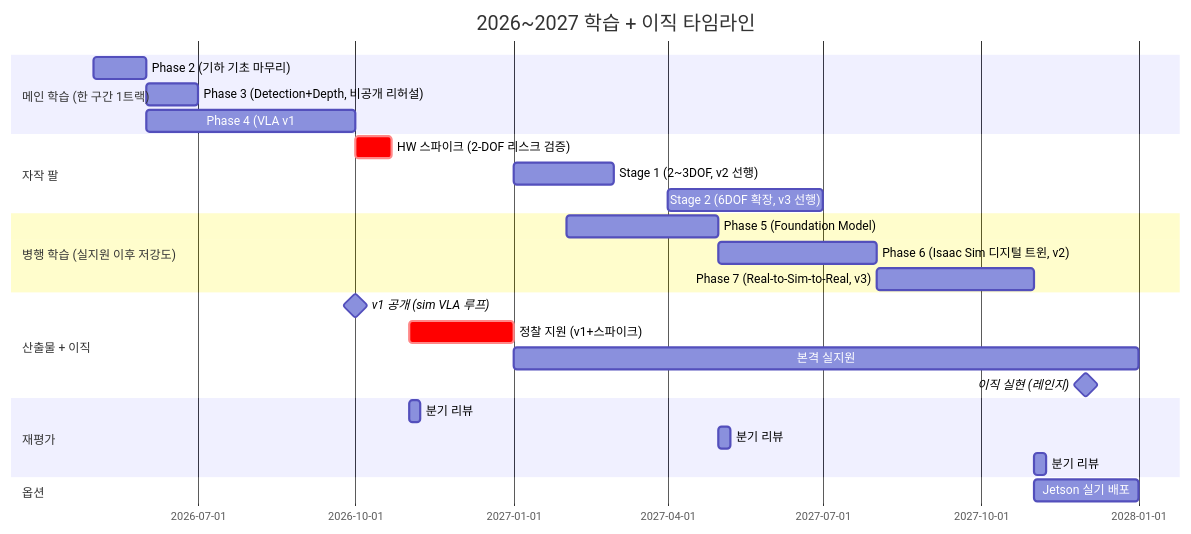
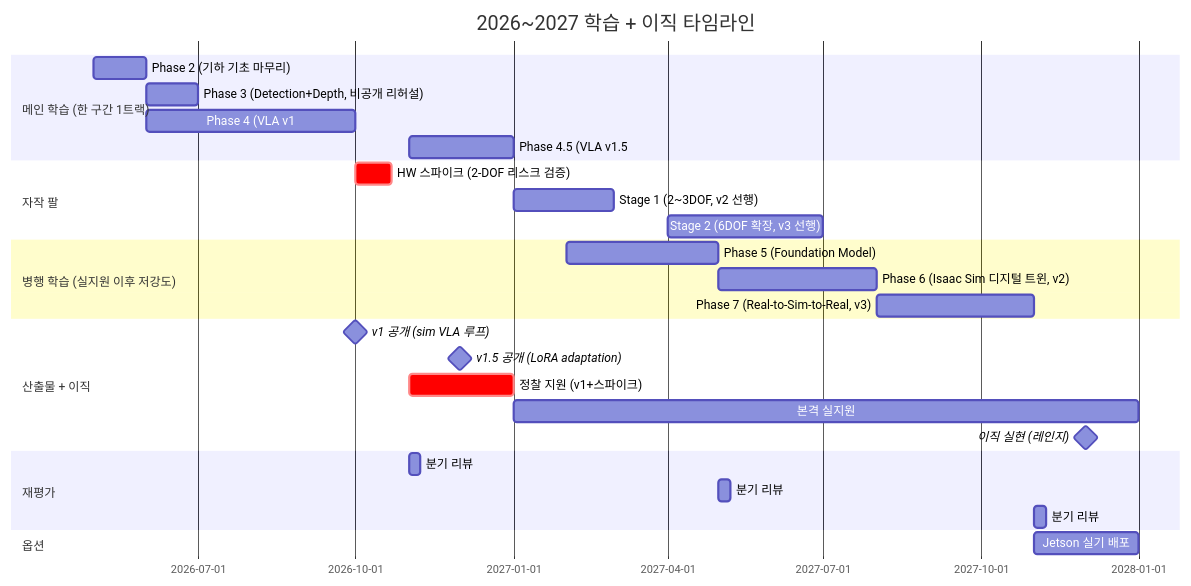
The diagram in README.md (tylee-yeonge/physical-ai-study), drawn with Mermaid before and after one commit. The commit also changed other lines of this file, not shown here.

Commit message:
docs(readme): reframe differentiation to adaptation plus integration and add 3-layer positioning

````diff
--- a/README.md
+++ b/README.md
@@ -29,28 +49,30 @@
 ```mermaid
 gantt
     title 2026~2027 학습 + 이직 타임라인
     dateFormat YYYY-MM
     section 메인 학습 (한 구간 1트랙)
     Phase 2 (기하 기초 마무리) :a1, 2026-05, 1M
     Phase 3 (Detection+Depth, 비공개 리허설) :a2, 2026-06, 1M
     Phase 4 (VLA v1: zero-shot 추론 + ROS2) :a3, 2026-06, 4M
+    Phase 4.5 (VLA v1.5: LoRA adaptation) :a35, 2026-11, 2M
     section 자작 팔
     HW 스파이크 (2-DOF 리스크 검증) :crit, h0, 2026-10, 3w
     Stage 1 (2~3DOF, v2 선행) :h1, 2027-01, 2M
     Stage 2 (6DOF 확장, v3 선행) :h2, 2027-04, 3M
     section 병행 학습 (실지원 이후 저강도)
     Phase 5 (Foundation Model) :a4, 2027-02, 3M
     Phase 6 (Isaac Sim 디지털 트윈, v2) :a5, 2027-05, 3M
     Phase 7 (Real-to-Sim-to-Real, v3) :a6, 2027-08, 3M
     section 산출물 + 이직
     v1 공개 (sim VLA 루프) :milestone, d1, 2026-10, 0d
+    v1.5 공개 (LoRA adaptation) :milestone, d15, 2026-12, 0d
     정찰 지원 (v1+스파이크) :crit, sig, 2026-11, 2M
     본격 실지원 :b2, 2027-01, 12M
     이직 실현 (레인지) :milestone, d2, 2027-12, 0d
     section 재평가
     분기 리뷰 :rev1, 2026-11, 1w
     분기 리뷰 :rev2, 2027-05, 1w
     분기 리뷰 :rev3, 2027-11, 1w
     section 옵션
     Jetson 실기 배포 :opt, 2027-11, 2M
 ```
````
